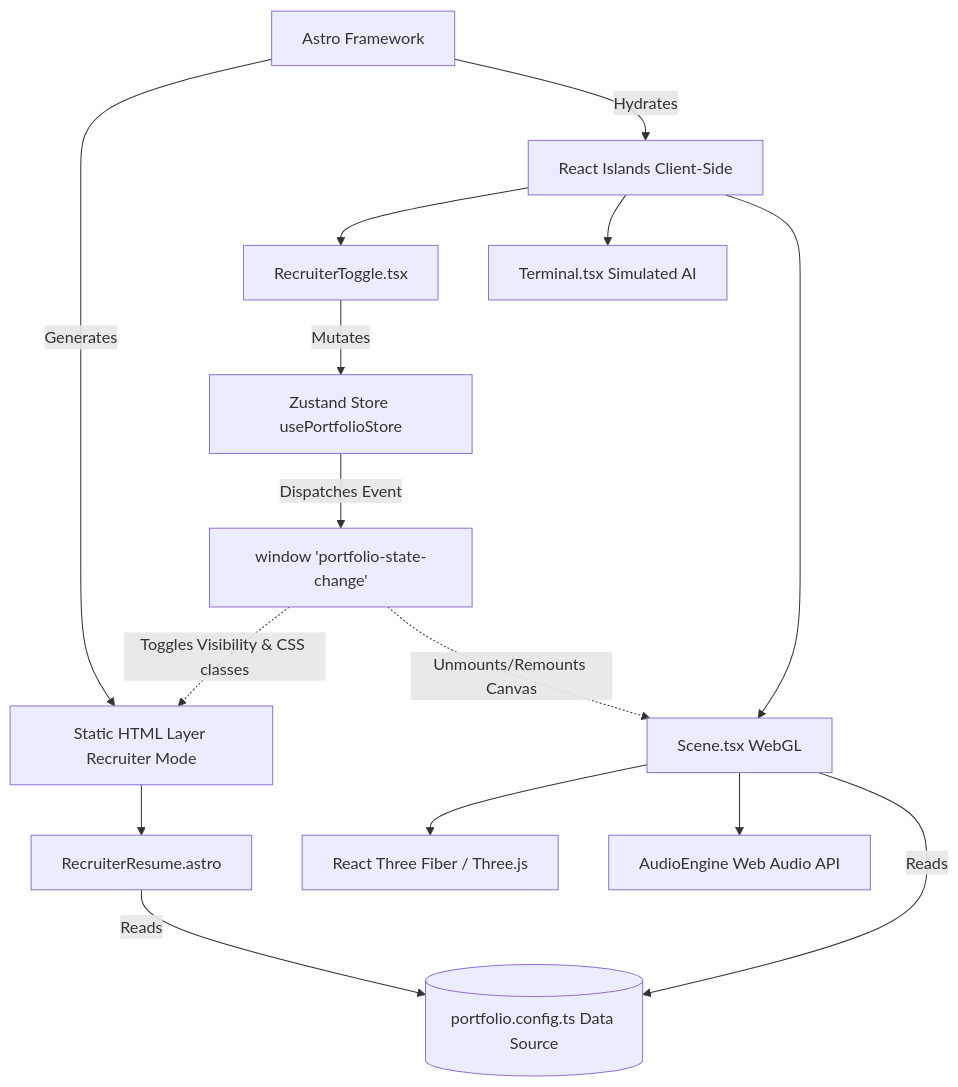
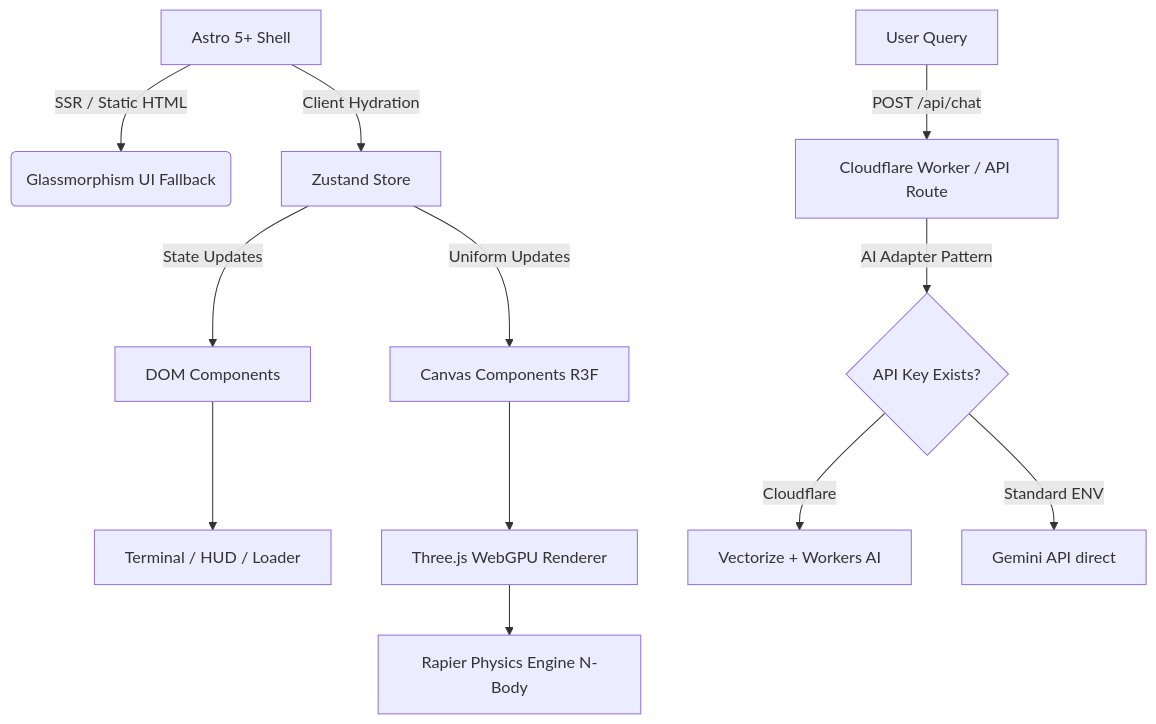
The diagram in docs/ARCHITECTURE.md (vikastiwari/elite-dev-portfolio), drawn with Mermaid before and after one commit. The commit also changed other lines of this file and 12 other files, not shown here.

````diff
--- a/docs/ARCHITECTURE.md
+++ b/docs/ARCHITECTURE.md
@@ -19,28 +9,18 @@
 ```mermaid
 graph TD
-    %% Core Framework
-    A[Astro Framework] --> |Generates| B[Static HTML Layer Recruiter Mode]
-    A --> |Hydrates| C[React Islands Client-Side]
+    A[Astro 5+ Shell] -->|SSR / Static HTML| B(Glassmorphism UI Fallback)
+    A -->|Client Hydration| C[Zustand Store]
     
-    %% Static Layer
-    B --> B1[RecruiterResume.astro]
-    B1 --> |Reads| B2[(portfolio.config.ts Data Source)]
+    C -->|State Updates| D[DOM Components]
+    C -->|Uniform Updates| E[Canvas Components R3F]
     
-    %% Interactive Layer
-    C --> C1[RecruiterToggle.tsx]
-    C --> C2[Terminal.tsx Simulated AI]
-    C --> C3[Scene.tsx WebGL]
+    D --> F[Terminal / HUD / Loader]
+    E --> G[Three.js WebGPU Renderer]
     
-    %% State & Event Management
-    C1 --> |Mutates| Z[Zustand Store usePortfolioStore]
-    Z --> |Dispatches Event| E[window 'portfolio-state-change']
+    G --> H[Rapier Physics Engine N-Body]
     
-    %% Event Listeners
-    E -.-> |Toggles Visibility & CSS classes| B
-    E -.-> |Unmounts/Remounts Canvas| C3
-    
-    %% WebGL Sub-Systems
-    C3 --> R3F[React Three Fiber / Three.js]
-    C3 --> AU[AudioEngine Web Audio API]
-    C3 --> |Reads| B2
+    I[User Query] -->|POST /api/chat| J[Cloudflare Worker / API Route]
+    J -->|AI Adapter Pattern| K{API Key Exists?}
+    K -->|Cloudflare| L[Vectorize + Workers AI]
+    K -->|Standard ENV| M[Gemini API direct]
 ```
````
